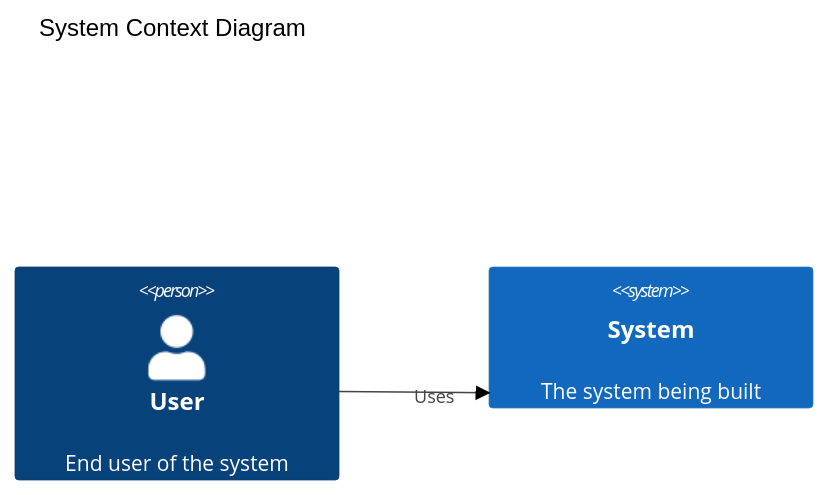
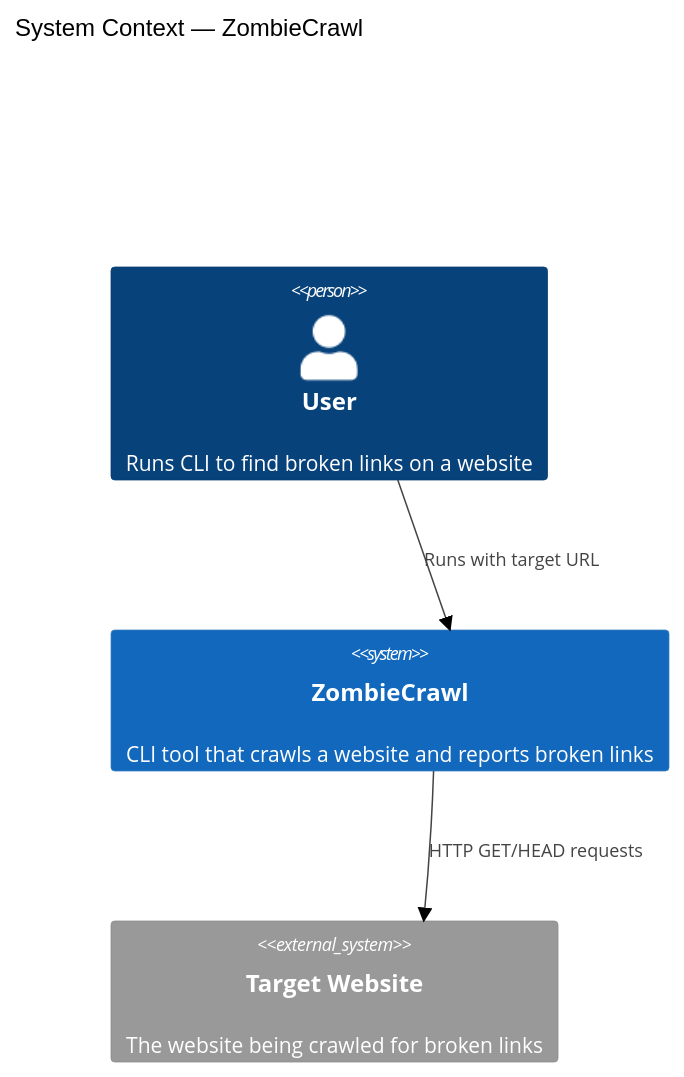
Before and after one commit to lukemcguire/vibraphone-template: the first of 5 diagrams in docs/ARCHITECTURE.md, drawn with Mermaid (forest theme). The commit also changed other lines of this file, not shown here.

First line of the commit message:
docs: replace template diagrams in ARCHITECTURE.md with actual system

````diff
--- a/docs/ARCHITECTURE.md
+++ b/docs/ARCHITECTURE.md
@@ -24,8 +24,9 @@
 ```mermaid
 C4Context
-    title System Context Diagram
-    %% Replace with actual system context after project planning
-    Person(user, "User", "End user of the system")
-    System(system, "System", "The system being built")
-    Rel(user, system, "Uses")
+    title System Context — ZombieCrawl
+    Person(user, "User", "Runs CLI to find broken links on a website")
+    System(zc, "ZombieCrawl", "CLI tool that crawls a website and reports broken links")
+    System_Ext(target, "Target Website", "The website being crawled for broken links")
+    Rel(user, zc, "Runs with target URL")
+    Rel(zc, target, "HTTP GET/HEAD requests")
 ```
````
